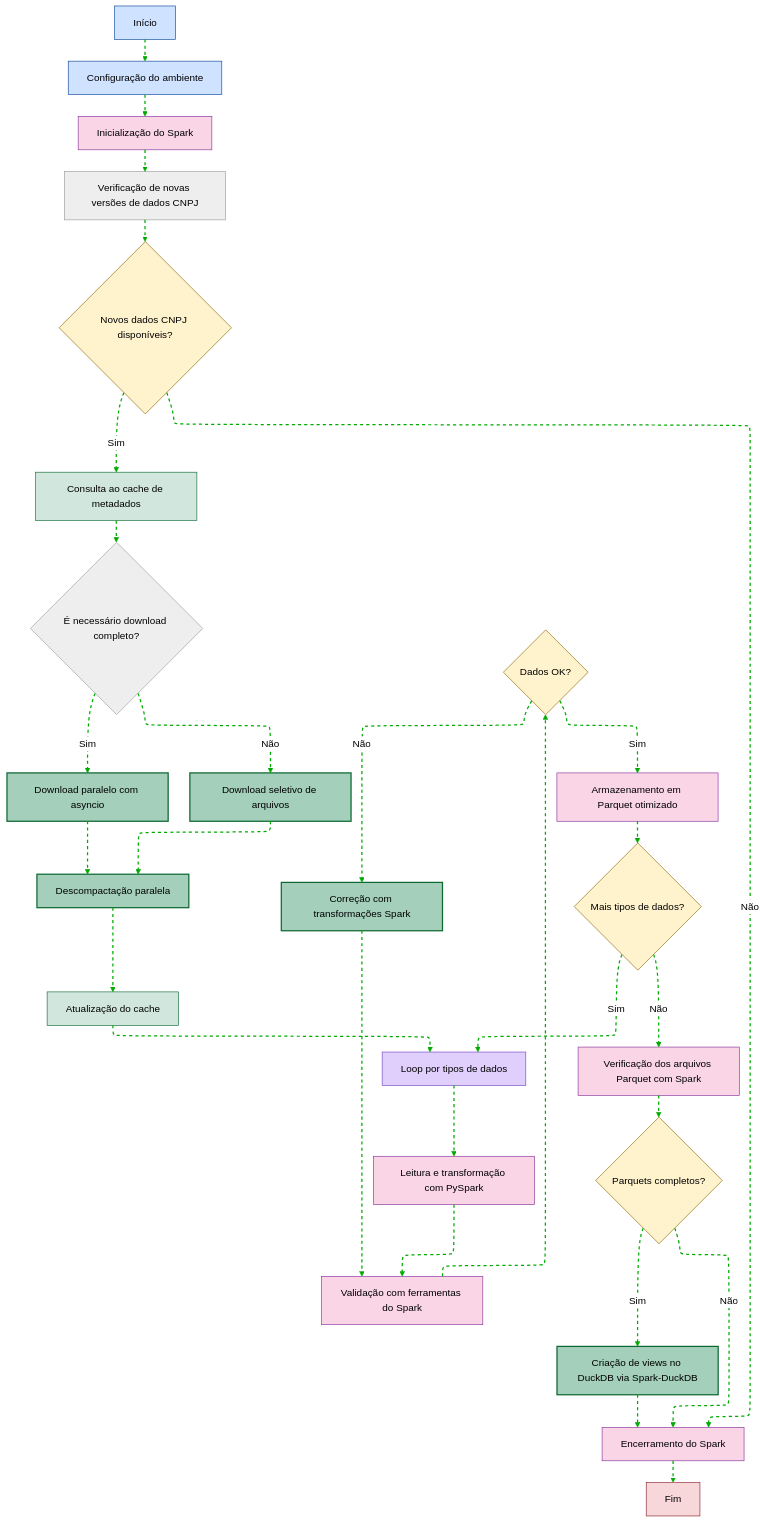
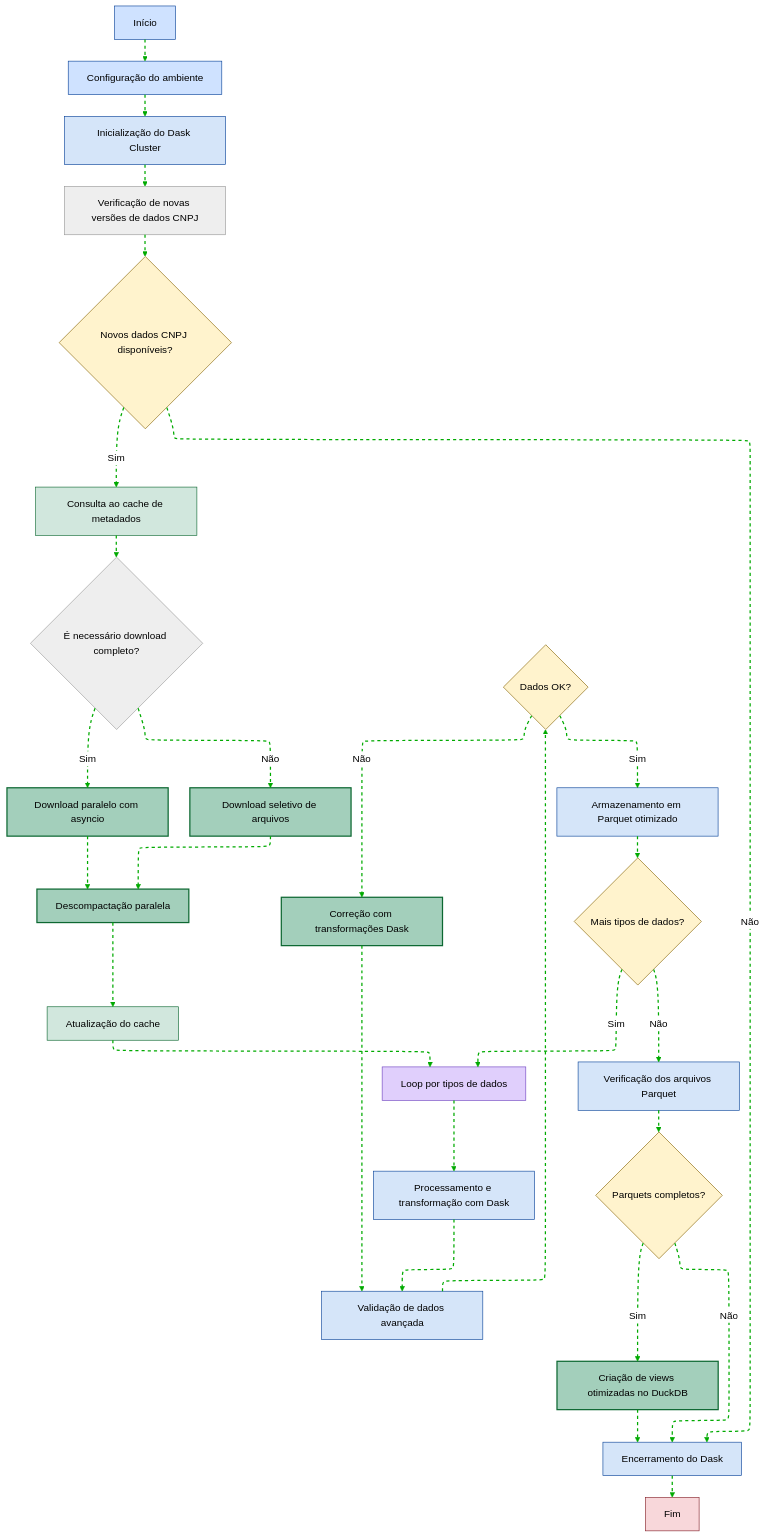
One commit to wmodanez/cnpj_dados_abertos changed the second of 3 diagrams in README.md. Above: the diagram before and after it, drawn with Mermaid. The commit also changed other lines of this file, not shown here.

```diff
--- a/README.md
+++ b/README.md
@@ -351,10 +354,10 @@
 flowchart TD
     %% Etapa 1: Inicialização e Verificação
     A[Início] --> B[Configuração do ambiente]
-    B --> C[Inicialização do Spark]
+    B --> C[Inicialização do Dask Cluster]
     C --> D[Verificação de novas versões de dados CNPJ]
     D --> D1{Novos dados CNPJ disponíveis?}
-    D1 -->|Não| P1[Encerramento do Spark]
+    D1 -->|Não| P1[Encerramento do Dask]
     P1 --> Z[Fim]
     
     %% Etapa 2: Preparação com Cache
@@ -366,24 +369,24 @@
     F2 --> G
     G --> H[Atualização do cache]
     
-    %% Etapa 3: Loop de Processamento com PySpark
+    %% Etapa 3: Loop de Processamento com Dask otimizado
     H --> T[Loop por tipos de dados]
-    T --> I[Leitura e transformação com PySpark]
+    T --> I[Processamento e transformação com Dask]
     
     %% Conexão direta para validação
-    I --> J[Validação com ferramentas do Spark]
+    I --> J[Validação de dados avançada]
     J --> J1{Dados OK?}
-    J1 -->|Não| J2[Correção com transformações Spark]
+    J1 -->|Não| J2[Correção com transformações Dask]
     J2 --> J
     J1 -->|Sim| K[Armazenamento em Parquet otimizado]
     K --> T1{Mais tipos de dados?}
     T1 -->|Sim| T
     
     %% Etapa 4: Consolidação e Finalização
-    T1 -->|Não| L[Verificação dos arquivos Parquet com Spark]
+    T1 -->|Não| L[Verificação dos arquivos Parquet]
     L --> L1{Parquets completos?}
     L1 -->|Não| P1
-    L1 -->|Sim| M[Criação de views no DuckDB via Spark-DuckDB]
+    L1 -->|Sim| M[Criação de views otimizadas no DuckDB]
     M --> P1
     
     %% Estilos mais claros
@@ -393,13 +396,13 @@
     classDef inicio fill:#cfe2ff,stroke:#084298,stroke-width:1px
     classDef fim fill:#f8d7da,stroke:#842029,stroke-width:1px
     classDef loop fill:#e0cffc,stroke:#6f42c1,stroke-width:1px
-    classDef spark fill:#f9d5e5,stroke:#862e9c,stroke-width:1px
+    classDef dask fill:#d5e5f9,stroke:#084298,stroke-width:1px
     
     class A,B inicio
     class D1,J1,T1,L1 decisao
     class F1,F2,G,J2,M novo
     class E,H processo
-    class C,I,J,K,L,P1 spark
+    class C,I,J,K,L,P1 dask
     class T loop
     class Z fim
     
```
